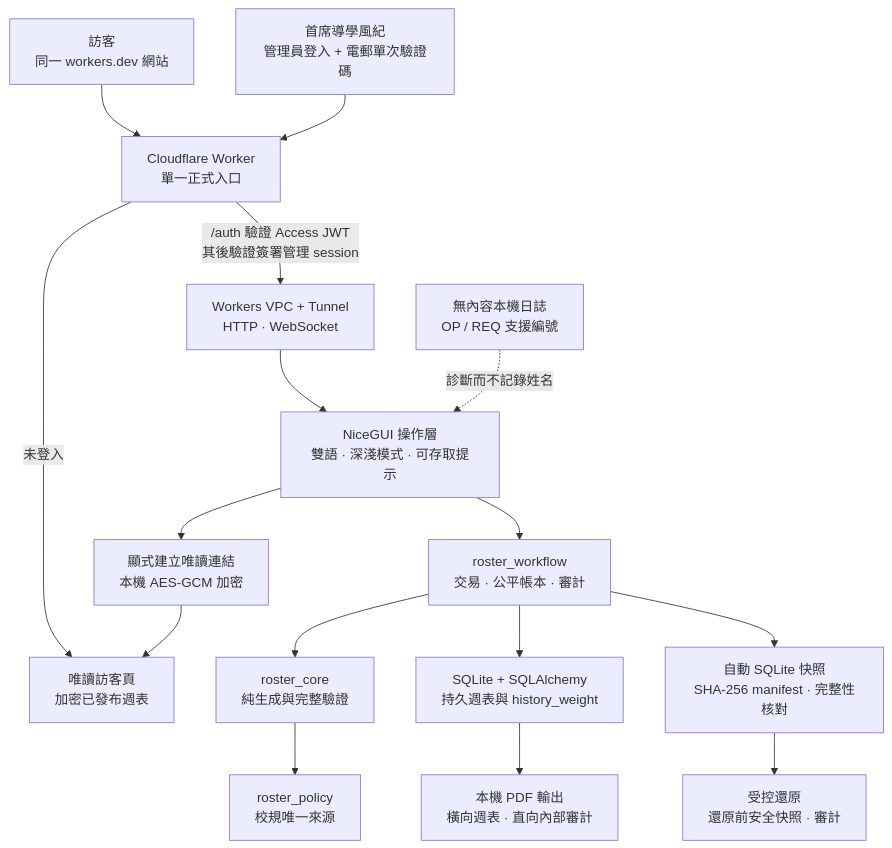
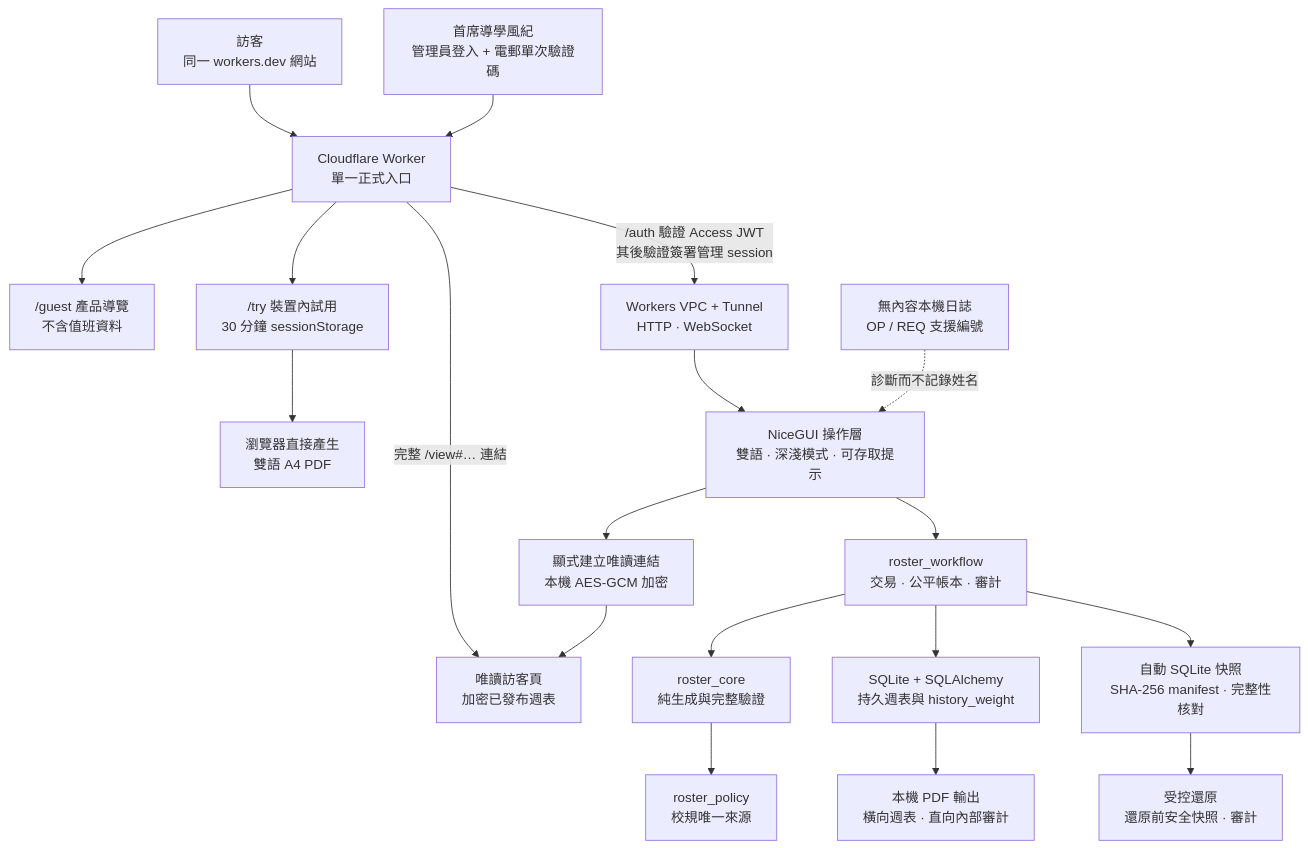
The first of 2 diagrams in README.md (JackyLi10777/Study-Prefect-Duty-Roster-System), drawn with Mermaid before and after one commit. The commit also changed other lines of this file and 53 other files, not shown here.

Commit message:
feat: add clean official start and isolated guest trial

````diff
--- a/README.md
+++ b/README.md
@@ -146,18 +160,21 @@
 ```mermaid
 flowchart TB
     GUEST["訪客<br/>同一 workers.dev 網站"] --> EDGE["Cloudflare Worker<br/>單一正式入口"]
     OP["首席導學風紀<br/>管理員登入 + 電郵單次驗證碼"] --> EDGE
-    EDGE -->|未登入| VIEWER["唯讀訪客頁<br/>加密已發布週表"]
+    EDGE --> TOUR["/guest 產品導覽<br/>不含值班資料"]
+    EDGE --> TRIAL["/try 裝置內試用<br/>30 分鐘 sessionStorage"]
+    TRIAL --> TRIALPDF["瀏覽器直接產生<br/>雙語 A4 PDF"]
+    EDGE -->|完整 /view#… 連結| VIEWER["唯讀訪客頁<br/>加密已發布週表"]
     EDGE -->|/auth 驗證 Access JWT<br/>其後驗證簽署管理 session| VPC["Workers VPC + Tunnel<br/>HTTP · WebSocket"]
     VPC --> UI["NiceGUI 操作層<br/>雙語 · 深淺模式 · 可存取提示"]
     UI --> WF["roster_workflow<br/>交易 · 公平帳本 · 審計"]
     WF --> CORE["roster_core<br/>純生成與完整驗證"]
     CORE --> POLICY["roster_policy<br/>校規唯一來源"]
     WF --> DB["SQLite + SQLAlchemy<br/>持久週表與 history_weight"]
     WF --> SNAP["自動 SQLite 快照<br/>SHA-256 manifest · 完整性核對"]
     DB --> PDF["本機 PDF 輸出<br/>橫向週表 · 直向內部審計"]
     UI --> SHARE["顯式建立唯讀連結<br/>本機 AES-GCM 加密"]
     SHARE --> VIEWER
     SNAP --> RESTORE["受控還原<br/>還原前安全快照 · 審計"]
     LOG["無內容本機日誌<br/>OP / REQ 支援編號"] -. 診斷而不記錄姓名 .-> UI
 ```
````
